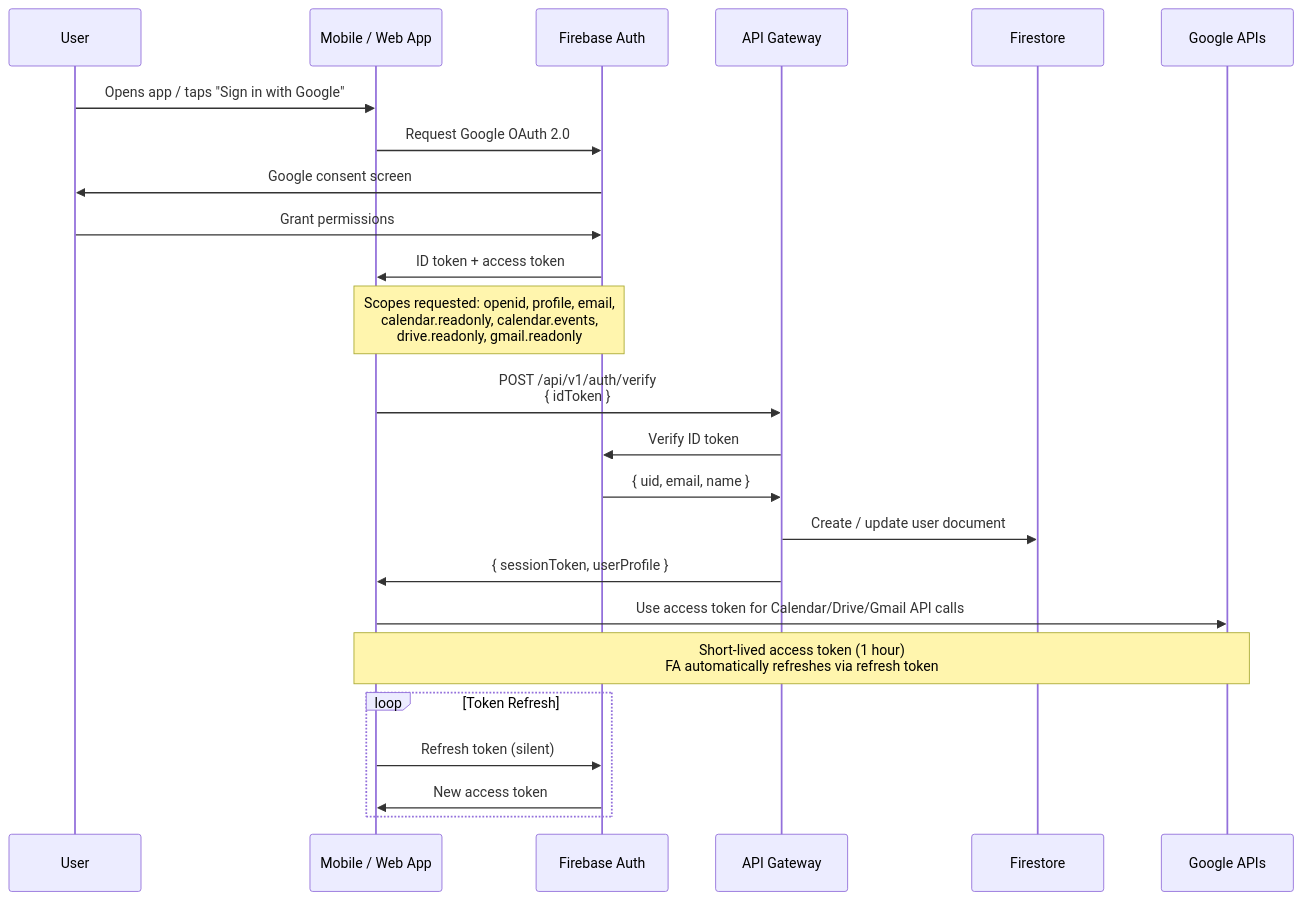
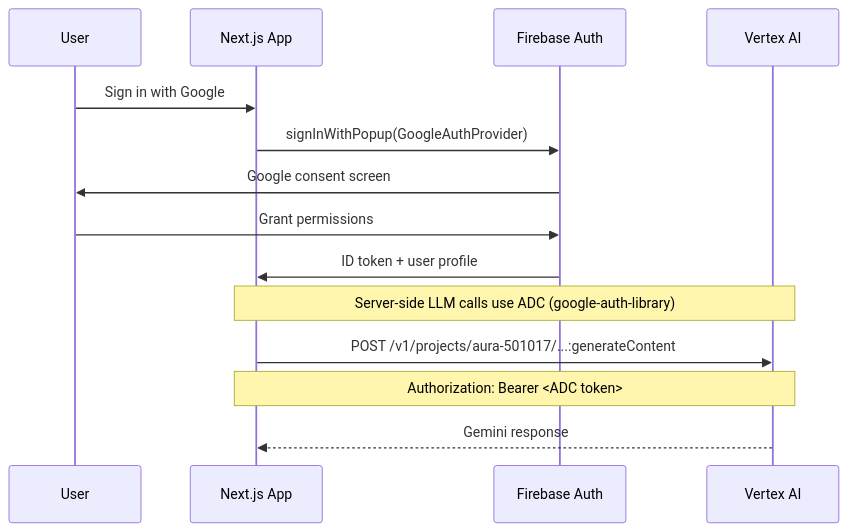
One commit to HkHacker22/AURA changed the second of 2 diagrams in docs/ARCHITECTURE.md. Above: the diagram before and after it, drawn with Mermaid. The commit also changed other lines of this file and 54 other files, not shown here.

First line of the commit message:
Wave 2: backend architecture + UI fixes

````diff
--- a/docs/ARCHITECTURE.md
+++ b/docs/ARCHITECTURE.md
@@ -581,31 +302,18 @@
 ```mermaid
 sequenceDiagram
     participant U as User
-    participant App as Mobile / Web App
+    participant App as Next.js App
     participant FA as Firebase Auth
-    participant GW as API Gateway
-    participant FS as Firestore
-    participant GC as Google APIs
+    participant GCP as Vertex AI
 
-    U->>App: Opens app / taps "Sign in with Google"
-    App->>FA: Request Google OAuth 2.0
+    U->>App: Sign in with Google
+    App->>FA: signInWithPopup(GoogleAuthProvider)
     FA->>U: Google consent screen
     U->>FA: Grant permissions
-    FA->>App: ID token + access token
+    FA->>App: ID token + user profile
 
-    Note over FA,App: Scopes requested: openid, profile, email,<br/>calendar.readonly, calendar.events,<br/>drive.readonly, gmail.readonly
-
-    App->>GW: POST /api/v1/auth/verify<br/>{ idToken }
-    GW->>FA: Verify ID token
-    FA->>GW: { uid, email, name }
-    GW->>FS: Create / update user document
-    GW->>App: { sessionToken, userProfile }
-
-    App->>GC: Use access token for Calendar/Drive/Gmail API calls
-    Note over App,GC: Short-lived access token (1 hour)<br/>FA automatically refreshes via refresh token
-
-    loop Token Refresh
-        App->>FA: Refresh token (silent)
-        FA->>App: New access token
-    end
+    Note over App,GCP: Server-side LLM calls use ADC (google-auth-library)
+    App->>GCP: POST /v1/projects/aura-501017/...:generateContent
+    Note over App,GCP: Authorization: Bearer <ADC token>
+    GCP-->>App: Gemini response
 ```
````
